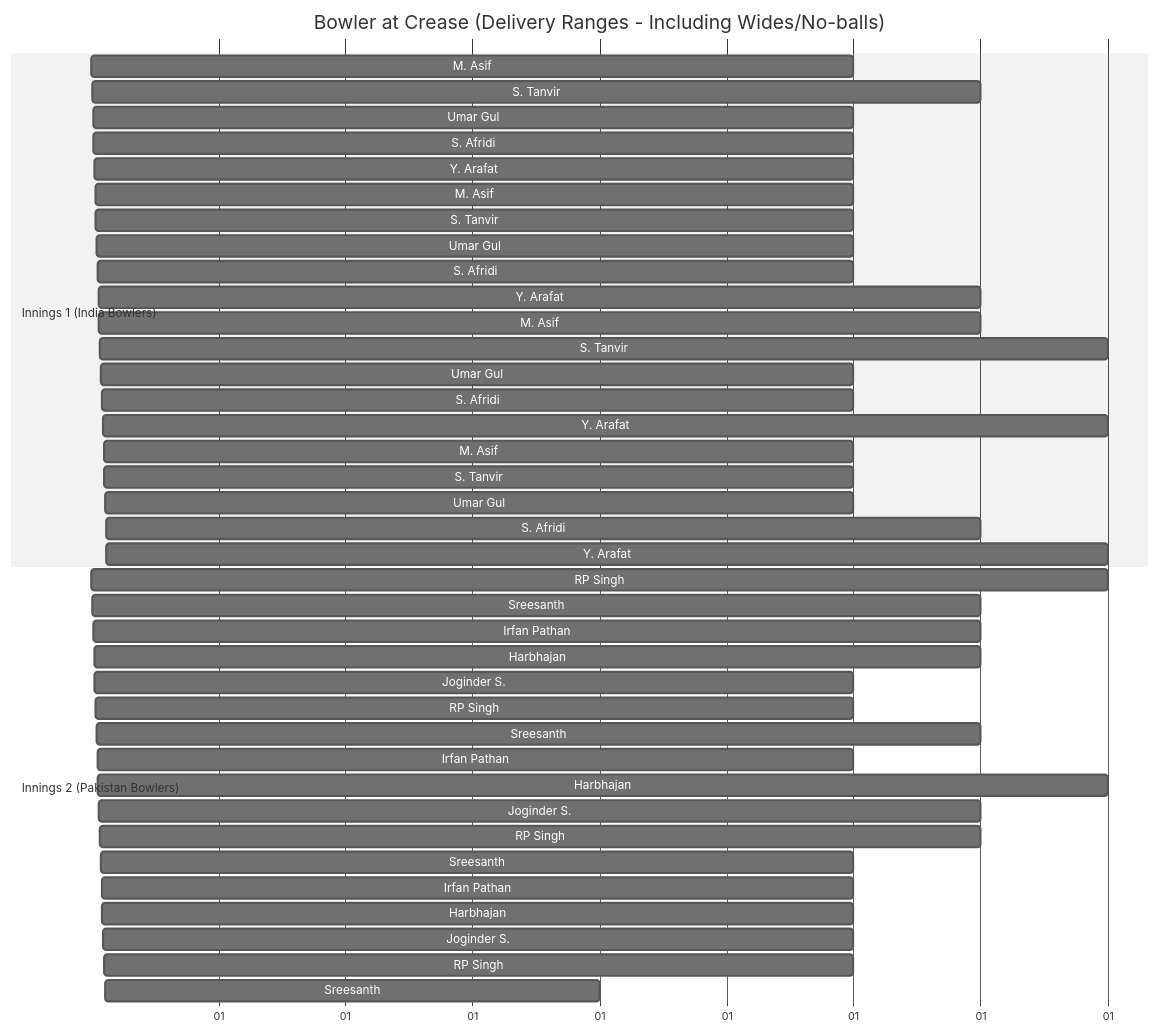
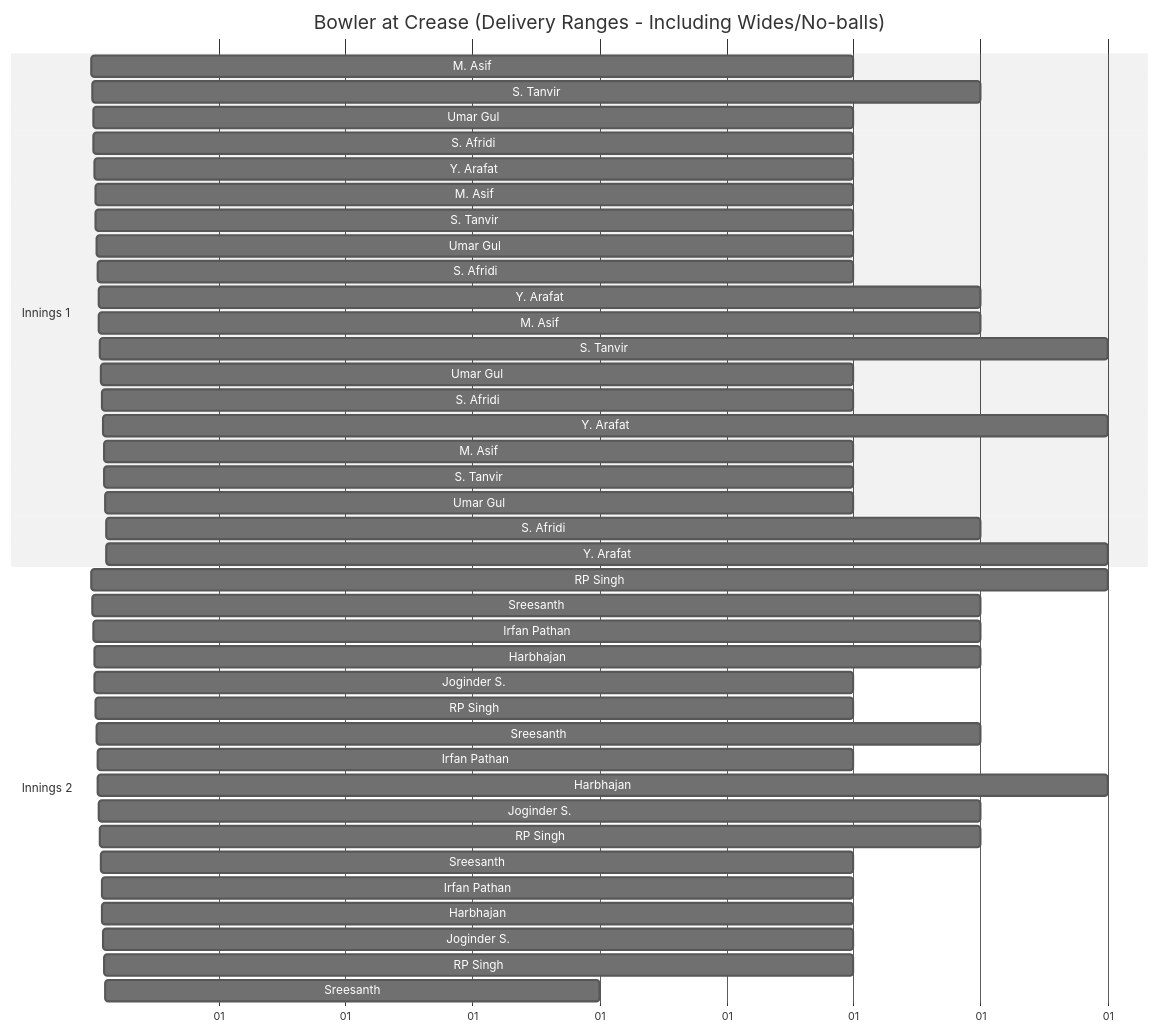
One commit to Varun-bhim/T20_Simulator changed the diagram in bowler_gantt.md. Above: the diagram before and after it, drawn with Mermaid (neutral theme).

````diff
--- a/bowler_gantt.md
+++ b/bowler_gantt.md
@@ -1,47 +1,47 @@
 ```mermaid
 gantt
     title Bowler at Crease (Delivery Ranges - Including Wides/No-balls)
     dateFormat X
     axisFormat %d
 
-    section Innings 1 (India Bowlers)
+    section Innings 1 
     M. Asif : 1, 6
     S. Tanvir : 7, 7
     Umar Gul : 14, 6
     S. Afridi : 20, 6
     Y. Arafat : 26, 6
     M. Asif : 32, 6
     S. Tanvir : 38, 6
     Umar Gul : 44, 6
     S. Afridi : 50, 6
     Y. Arafat : 56, 7
     M. Asif : 63, 7
     S. Tanvir : 70, 8
     Umar Gul : 78, 6
     S. Afridi : 84, 6
     Y. Arafat : 90, 8
     M. Asif : 98, 6
     S. Tanvir : 104, 6
     Umar Gul : 110, 6
     S. Afridi : 116, 7
     Y. Arafat : 123, 8
     
-    section Innings 2 (Pakistan Bowlers)
+    section Innings 2 
     RP Singh : 1, 8
     Sreesanth : 9, 7
     Irfan Pathan : 16, 7
     Harbhajan : 23, 7
     Joginder S. : 30, 6
     RP Singh : 36, 6
     Sreesanth : 42, 7
     Irfan Pathan : 49, 6
     Harbhajan : 55, 8
     Joginder S. : 63, 7
     RP Singh : 70, 7
     Sreesanth : 77, 6
     Irfan Pathan : 83, 6
     Harbhajan : 89, 6
     Joginder S. : 95, 6
     RP Singh : 101, 6
     Sreesanth : 107, 4
 ```
````
